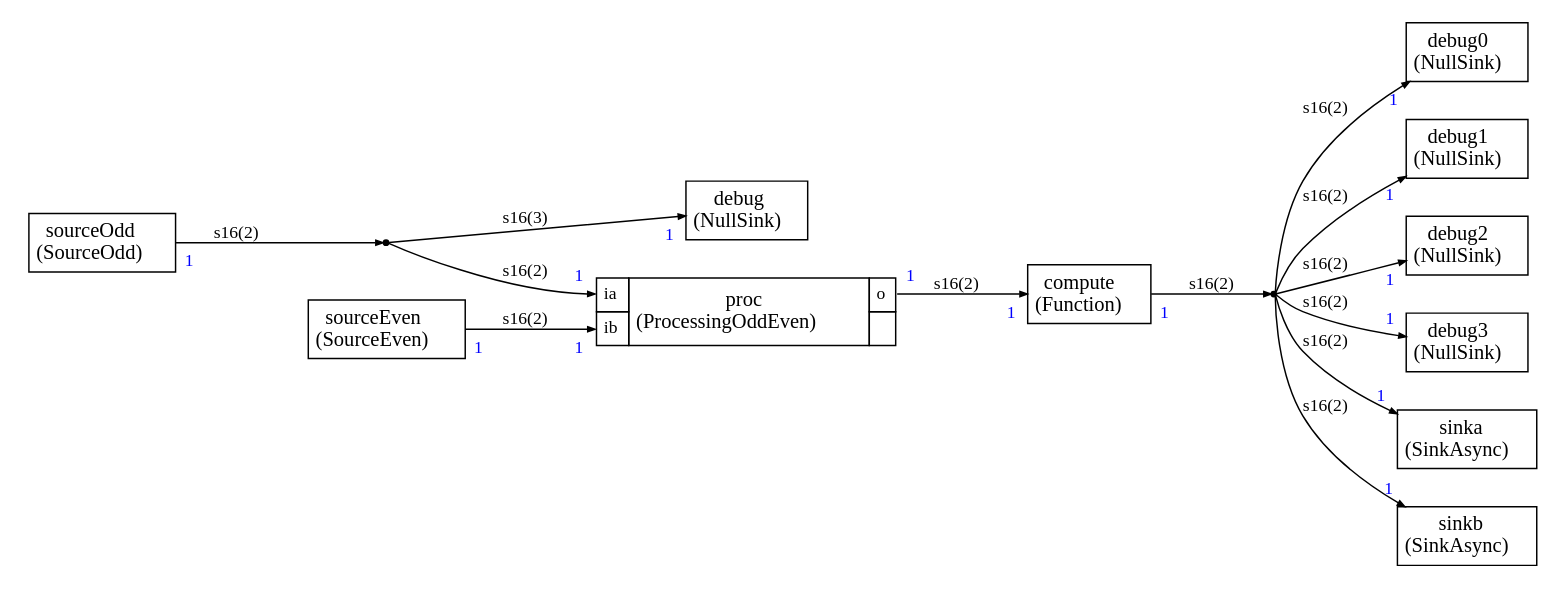
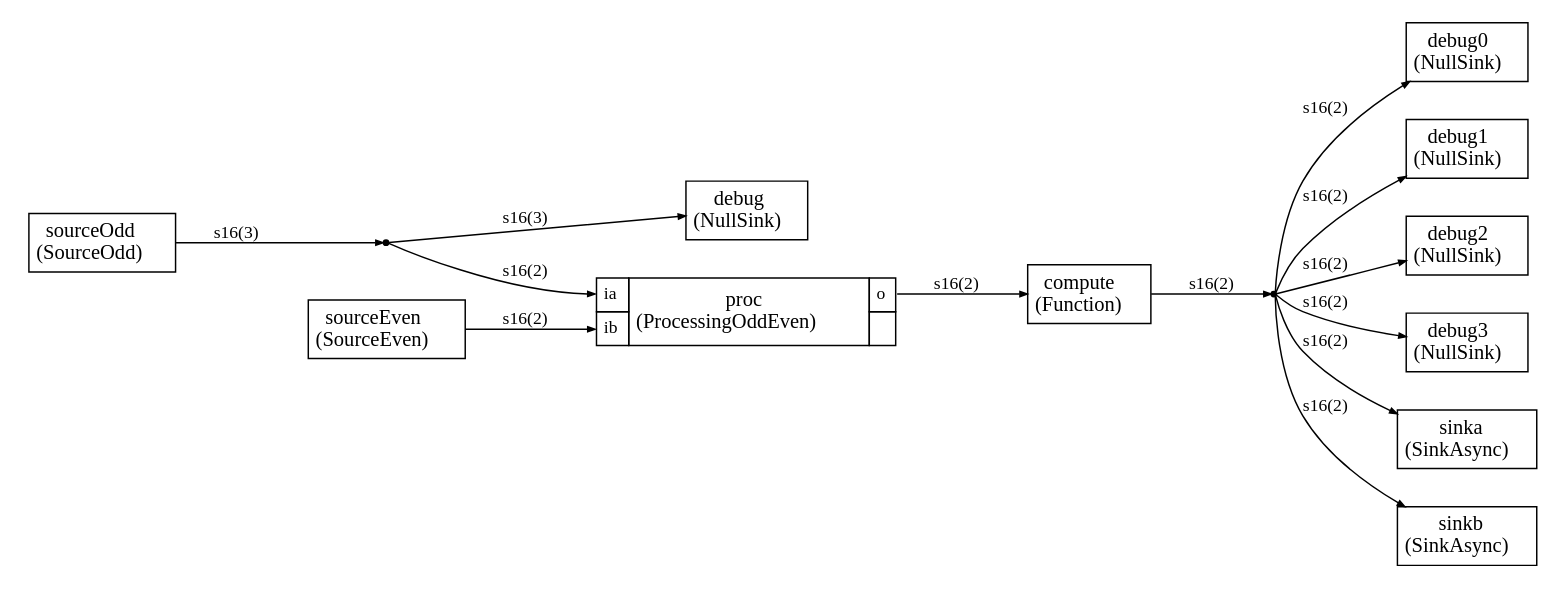
Before and after one commit to ARM-software/CMSIS-Stream: the diagram in Examples/example10/test.dot, drawn with Graphviz. The commit also changed 101 other files, not shown here.

```diff
--- a/Examples/example10/test.dot
+++ b/Examples/example10/test.dot
@@ -1,177 +1,163 @@
 
 
 
 
 digraph structs {
     bgcolor = "white"
     node [shape=plaintext,color="black",fontcolor="black",fontname="Times-Roman"]
     rankdir=LR
     edge [arrowsize="0.5",color="black",fontcolor="black",fontname="Times-Roman"]
 
 
 compute1 [label=<
 <TABLE color="black" bgcolor="none" BORDER="0" CELLBORDER="1" CELLSPACING="0" CELLPADDING="4">
   <TR>
     <TD ALIGN="CENTER" PORT="i"><FONT COLOR="black" POINT-SIZE="14.0">compute<BR/>(Function)</FONT></TD>
   </TR>
 </TABLE>>];
 
 debug [label=<
 <TABLE color="black" bgcolor="none" BORDER="0" CELLBORDER="1" CELLSPACING="0" CELLPADDING="4">
   <TR>
     <TD ALIGN="CENTER" PORT="i"><FONT COLOR="black" POINT-SIZE="14.0">debug<BR/>(NullSink)</FONT></TD>
   </TR>
 </TABLE>>];
 
 debug0 [label=<
 <TABLE color="black" bgcolor="none" BORDER="0" CELLBORDER="1" CELLSPACING="0" CELLPADDING="4">
   <TR>
     <TD ALIGN="CENTER" PORT="i"><FONT COLOR="black" POINT-SIZE="14.0">debug0<BR/>(NullSink)</FONT></TD>
   </TR>
 </TABLE>>];
 
 debug1 [label=<
 <TABLE color="black" bgcolor="none" BORDER="0" CELLBORDER="1" CELLSPACING="0" CELLPADDING="4">
   <TR>
     <TD ALIGN="CENTER" PORT="i"><FONT COLOR="black" POINT-SIZE="14.0">debug1<BR/>(NullSink)</FONT></TD>
   </TR>
 </TABLE>>];
 
 debug2 [label=<
 <TABLE color="black" bgcolor="none" BORDER="0" CELLBORDER="1" CELLSPACING="0" CELLPADDING="4">
   <TR>
     <TD ALIGN="CENTER" PORT="i"><FONT COLOR="black" POINT-SIZE="14.0">debug2<BR/>(NullSink)</FONT></TD>
   </TR>
 </TABLE>>];
 
 debug3 [label=<
 <TABLE color="black" bgcolor="none" BORDER="0" CELLBORDER="1" CELLSPACING="0" CELLPADDING="4">
   <TR>
     <TD ALIGN="CENTER" PORT="i"><FONT COLOR="black" POINT-SIZE="14.0">debug3<BR/>(NullSink)</FONT></TD>
   </TR>
 </TABLE>>];
 
 dup0 [shape=point,label="dup0"]
 
 dup1 [shape=point,label="dup1"]
 
 
 proc [label=<
 <TABLE color="black" bgcolor="none" BORDER="0" CELLBORDER="1" CELLSPACING="0" CELLPADDING="4">
   <TR>
     <TD PORT="ia"><FONT POINT-SIZE="12.0" COLOR="black">ia</FONT></TD>
     <TD ALIGN="CENTER" ROWSPAN="2"><FONT COLOR="black" POINT-SIZE="14.0">proc<BR/>(ProcessingOddEven)</FONT></TD>
     <TD PORT="o"><FONT POINT-SIZE="12.0" COLOR="black">o</FONT></TD>
   </TR>
 <TR>
 <TD PORT="ib"><FONT POINT-SIZE="12.0" COLOR="black">ib</FONT></TD>
 
  
 <TD></TD></TR>
 
 </TABLE>>];
 
 sinka [label=<
 <TABLE color="black" bgcolor="none" BORDER="0" CELLBORDER="1" CELLSPACING="0" CELLPADDING="4">
   <TR>
     <TD ALIGN="CENTER" PORT="i"><FONT COLOR="black" POINT-SIZE="14.0">sinka<BR/>(SinkAsync)</FONT></TD>
   </TR>
 </TABLE>>];
 
 sinkb [label=<
 <TABLE color="black" bgcolor="none" BORDER="0" CELLBORDER="1" CELLSPACING="0" CELLPADDING="4">
   <TR>
     <TD ALIGN="CENTER" PORT="i"><FONT COLOR="black" POINT-SIZE="14.0">sinkb<BR/>(SinkAsync)</FONT></TD>
   </TR>
 </TABLE>>];
 
 sourceEven [label=<
 <TABLE color="black" bgcolor="none" BORDER="0" CELLBORDER="1" CELLSPACING="0" CELLPADDING="4">
   <TR>
     <TD ALIGN="CENTER" PORT="i"><FONT COLOR="black" POINT-SIZE="14.0">sourceEven<BR/>(SourceEven)</FONT></TD>
   </TR>
 </TABLE>>];
 
 sourceOdd [label=<
 <TABLE color="black" bgcolor="none" BORDER="0" CELLBORDER="1" CELLSPACING="0" CELLPADDING="4">
   <TR>
     <TD ALIGN="CENTER" PORT="i"><FONT COLOR="black" POINT-SIZE="14.0">sourceOdd<BR/>(SourceOdd)</FONT></TD>
   </TR>
 </TABLE>>];
 
 
 
 sourceEven:i -> proc:ib [style="solid",color="black",fontsize="12.0",fontcolor="black",label=<s16(2)>
-,headlabel=<<TABLE BORDER="0" CELLPADDING="4"><TR><TD><FONT COLOR="blue" POINT-SIZE="12.0" >1</FONT>
-</TD></TR></TABLE>>
-,taillabel=<<TABLE BORDER="0" CELLPADDING="4"><TR><TD><FONT COLOR="blue" POINT-SIZE="12.0" >1</FONT>
-</TD></TR></TABLE>>]
+
+]
 
 proc:o -> compute1:i [style="solid",color="black",fontsize="12.0",fontcolor="black",label=<s16(2)>
-,headlabel=<<TABLE BORDER="0" CELLPADDING="4"><TR><TD><FONT COLOR="blue" POINT-SIZE="12.0" >1</FONT>
-</TD></TR></TABLE>>
-,taillabel=<<TABLE BORDER="0" CELLPADDING="4"><TR><TD><FONT COLOR="blue" POINT-SIZE="12.0" >1</FONT>
-</TD></TR></TABLE>>]
+
+]
 
 sourceOdd:i ->  
-dup0 [style="solid",color="black",fontsize="12.0",fontcolor="black",label=<s16(2)>
+dup0 [style="solid",color="black",fontsize="12.0",fontcolor="black",label=<s16(3)>
 
-,taillabel=<<TABLE BORDER="0" CELLPADDING="4"><TR><TD><FONT COLOR="blue" POINT-SIZE="12.0" >1</FONT>
-</TD></TR></TABLE>>]
+]
 
  
 dup0 -> proc:ia [style="solid",color="black",fontsize="12.0",fontcolor="black",label=<s16(2)>
-,headlabel=<<TABLE BORDER="0" CELLPADDING="4"><TR><TD><FONT COLOR="blue" POINT-SIZE="12.0" >1</FONT>
-</TD></TR></TABLE>>
+
 ]
 
  
 dup0 -> debug:i [style="solid",color="black",fontsize="12.0",fontcolor="black",label=<s16(3)>
-,headlabel=<<TABLE BORDER="0" CELLPADDING="4"><TR><TD><FONT COLOR="blue" POINT-SIZE="12.0" >1</FONT>
-</TD></TR></TABLE>>
+
 ]
 
 compute1:i ->  
 dup1 [style="solid",color="black",fontsize="12.0",fontcolor="black",label=<s16(2)>
 
-,taillabel=<<TABLE BORDER="0" CELLPADDING="4"><TR><TD><FONT COLOR="blue" POINT-SIZE="12.0" >1</FONT>
-</TD></TR></TABLE>>]
+]
 
  
 dup1 -> sinka:i [style="solid",color="black",fontsize="12.0",fontcolor="black",label=<s16(2)>
-,headlabel=<<TABLE BORDER="0" CELLPADDING="4"><TR><TD><FONT COLOR="blue" POINT-SIZE="12.0" >1</FONT>
-</TD></TR></TABLE>>
+
 ]
 
  
 dup1 -> sinkb:i [style="solid",color="black",fontsize="12.0",fontcolor="black",label=<s16(2)>
-,headlabel=<<TABLE BORDER="0" CELLPADDING="4"><TR><TD><FONT COLOR="blue" POINT-SIZE="12.0" >1</FONT>
-</TD></TR></TABLE>>
+
 ]
 
  
 dup1 -> debug0:i [style="solid",color="black",fontsize="12.0",fontcolor="black",label=<s16(2)>
-,headlabel=<<TABLE BORDER="0" CELLPADDING="4"><TR><TD><FONT COLOR="blue" POINT-SIZE="12.0" >1</FONT>
-</TD></TR></TABLE>>
+
 ]
 
  
 dup1 -> debug1:i [style="solid",color="black",fontsize="12.0",fontcolor="black",label=<s16(2)>
-,headlabel=<<TABLE BORDER="0" CELLPADDING="4"><TR><TD><FONT COLOR="blue" POINT-SIZE="12.0" >1</FONT>
-</TD></TR></TABLE>>
+
 ]
 
  
 dup1 -> debug2:i [style="solid",color="black",fontsize="12.0",fontcolor="black",label=<s16(2)>
-,headlabel=<<TABLE BORDER="0" CELLPADDING="4"><TR><TD><FONT COLOR="blue" POINT-SIZE="12.0" >1</FONT>
-</TD></TR></TABLE>>
+
 ]
 
  
 dup1 -> debug3:i [style="solid",color="black",fontsize="12.0",fontcolor="black",label=<s16(2)>
-,headlabel=<<TABLE BORDER="0" CELLPADDING="4"><TR><TD><FONT COLOR="blue" POINT-SIZE="12.0" >1</FONT>
-</TD></TR></TABLE>>
+
 ]
 
 
 }
```
